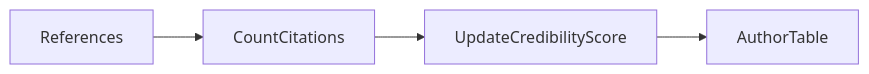
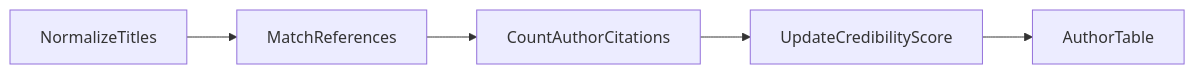
The third of 4 diagrams in Documentation/Design.md (happikin/psd-plan), drawn with Mermaid before and after one commit. The commit also changed other lines of this file and 12 other files, not shown here.

````diff
--- a/Documentation/Design.md
+++ b/Documentation/Design.md
@@ -73,6 +142,7 @@
 ```mermaid
 flowchart LR
-    References --> CountCitations
-    CountCitations --> UpdateCredibilityScore
+    NormalizeTitles --> MatchReferences
+    MatchReferences --> CountAuthorCitations
+    CountAuthorCitations --> UpdateCredibilityScore
     UpdateCredibilityScore --> AuthorTable
 ```
````
